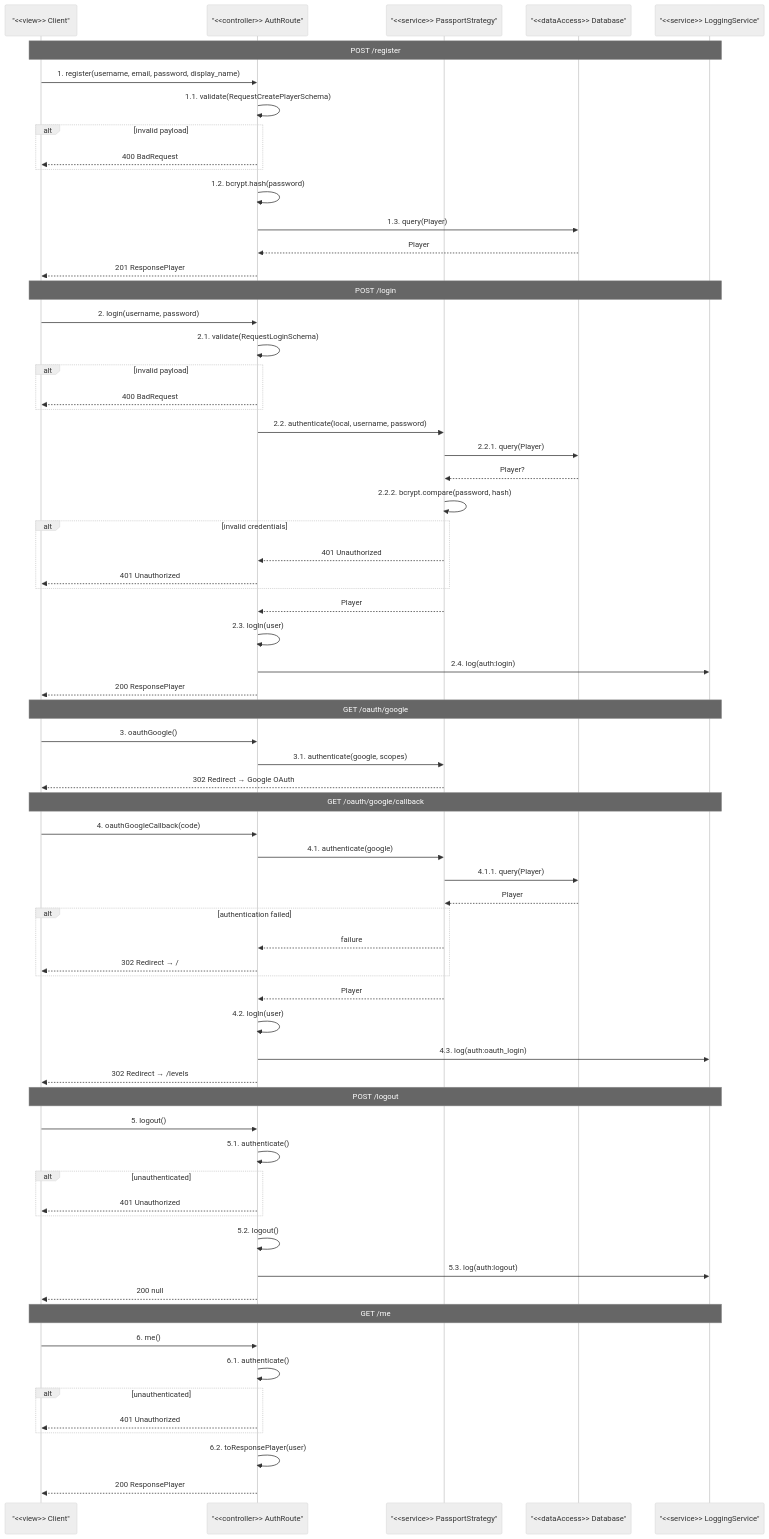
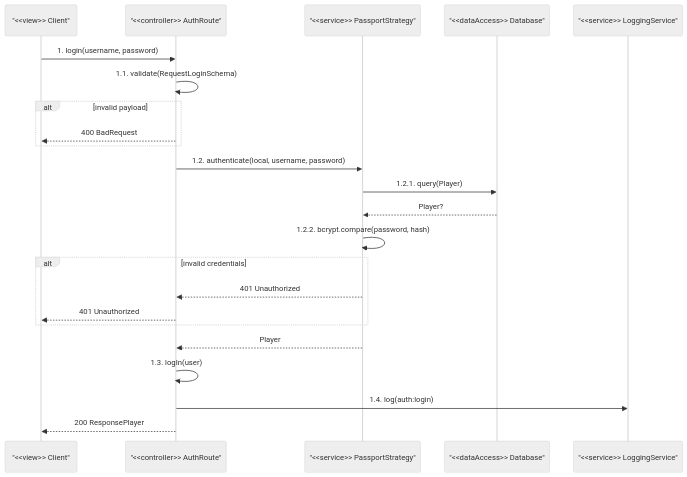
One commit to christphralden/magic-nugger-app changed the second of 6 diagrams in docs/diagrams/auth/sequence.md. Above: the diagram before and after it, drawn with Mermaid. The commit also changed other lines of this file and 15 other files, not shown here.

Commit message:
feat(docs): flowchart and seq diagram

````diff
--- a/docs/diagrams/auth/sequence.md
+++ b/docs/diagrams/auth/sequence.md
@@ -11,77 +35,27 @@
 ```mermaid
 %%{init: {'theme': 'neutral'}}%%
 sequenceDiagram
     participant C as "<<view>> Client"
     participant R as "<<controller>> AuthRoute"
     participant PASS as "<<service>> PassportStrategy"
     participant DB as "<<dataAccess>> Database"
     participant LOG as "<<service>> LoggingService"
 
-    Note over C,LOG: POST /register
-    C->>R: 1. register(username, email, password, display_name)
-    R->>R: 1.1. validate(RequestCreatePlayerSchema)
+    C->>R: 1. login(username, password)
+    R->>R: 1.1. validate(RequestLoginSchema)
     alt invalid payload
         R-->>C: 400 BadRequest
     end
-    R->>R: 1.2. bcrypt.hash(password)
-    R->>DB: 1.3. query(Player)
-    DB-->>R: Player
-    R-->>C: 201 ResponsePlayer
-
-    Note over C,LOG: POST /login
-    C->>R: 2. login(username, password)
-    R->>R: 2.1. validate(RequestLoginSchema)
-    alt invalid payload
-        R-->>C: 400 BadRequest
-    end
-    R->>PASS: 2.2. authenticate(local, username, password)
-    PASS->>DB: 2.2.1. query(Player)
+    R->>PASS: 1.2. authenticate(local, username, password)
+    PASS->>DB: 1.2.1. query(Player)
     DB-->>PASS: Player?
-    PASS->>PASS: 2.2.2. bcrypt.compare(password, hash)
+    PASS->>PASS: 1.2.2. bcrypt.compare(password, hash)
     alt invalid credentials
         PASS-->>R: 401 Unauthorized
         R-->>C: 401 Unauthorized
     end
     PASS-->>R: Player
-    R->>R: 2.3. logIn(user)
-    R->>LOG: 2.4. log(auth:login)
-    R-->>C: 200 ResponsePlayer
-
-    Note over C,LOG: GET /oauth/google
-    C->>R: 3. oauthGoogle()
-    R->>PASS: 3.1. authenticate(google, scopes)
-    PASS-->>C: 302 Redirect → Google OAuth
-
-    Note over C,LOG: GET /oauth/google/callback
-    C->>R: 4. oauthGoogleCallback(code)
-    R->>PASS: 4.1. authenticate(google)
-    PASS->>DB: 4.1.1. query(Player)
-    DB-->>PASS: Player
-    alt authentication failed
-        PASS-->>R: failure
-        R-->>C: 302 Redirect → /
-    end
-    PASS-->>R: Player
-    R->>R: 4.2. logIn(user)
-    R->>LOG: 4.3. log(auth:oauth_login)
-    R-->>C: 302 Redirect → /levels
-
-    Note over C,LOG: POST /logout
-    C->>R: 5. logout()
-    R->>R: 5.1. authenticate()
-    alt unauthenticated
-        R-->>C: 401 Unauthorized
-    end
-    R->>R: 5.2. logout()
-    R->>LOG: 5.3. log(auth:logout)
-    R-->>C: 200 null
-
-    Note over C,LOG: GET /me
-    C->>R: 6. me()
-    R->>R: 6.1. authenticate()
-    alt unauthenticated
-        R-->>C: 401 Unauthorized
-    end
-    R->>R: 6.2. toResponsePlayer(user)
+    R->>R: 1.3. logIn(user)
+    R->>LOG: 1.4. log(auth:login)
     R-->>C: 200 ResponsePlayer
 ```
````
